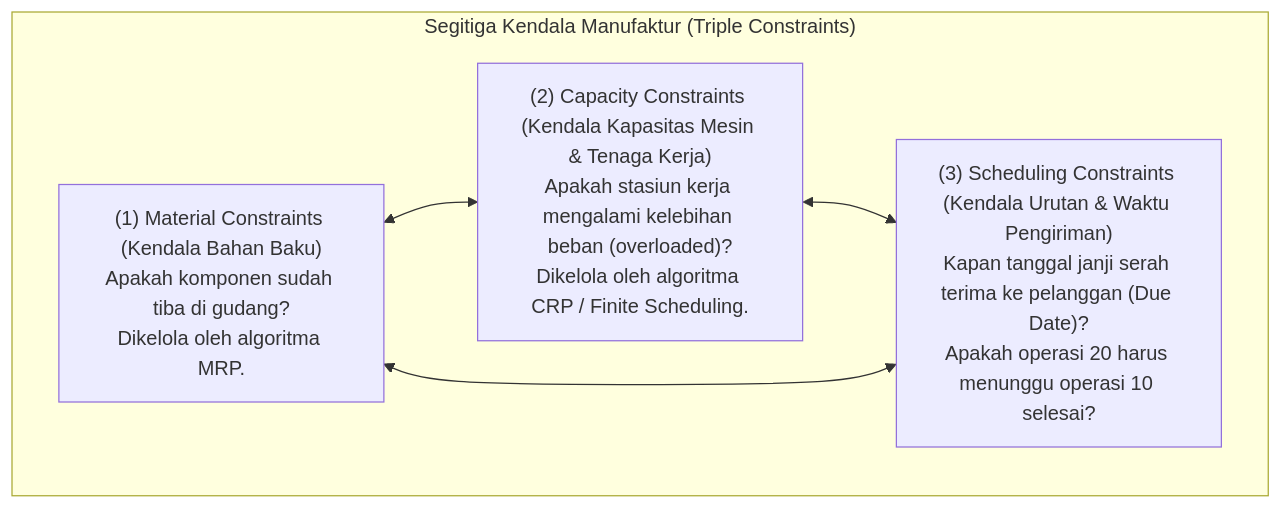
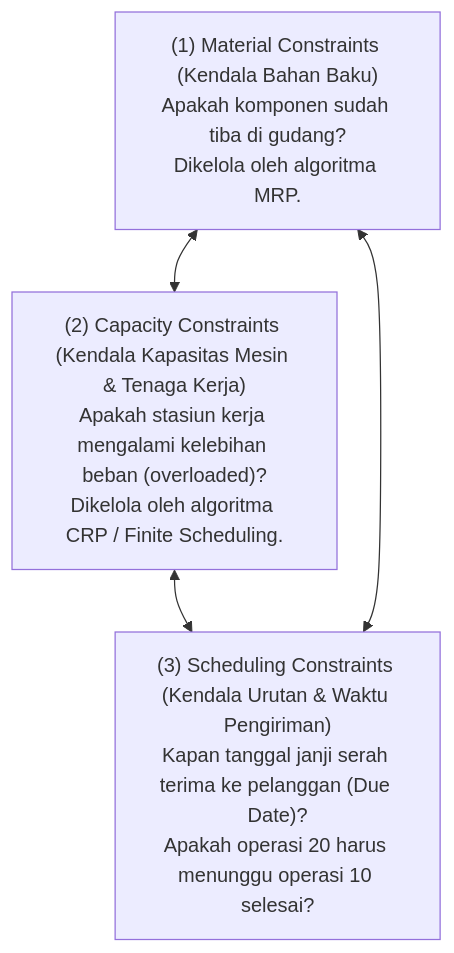
Before and after one commit to alimurrofid/erp-notes: the first of 3 diagrams in content/06-manufacturing/capacity-planning-and-scheduling.md, drawn with Mermaid. The commit also changed 58 other files, not shown here.

Commit message:
fix(content):Mermaid Subgraph

````diff
--- a/content/06-manufacturing/capacity-planning-and-scheduling.md
+++ b/content/06-manufacturing/capacity-planning-and-scheduling.md
@@ -27,11 +27,9 @@
 ```mermaid
 flowchart TD
-    subgraph Constraints["Segitiga Kendala Manufaktur (Triple Constraints)"]
         MC["(1) Material Constraints (Kendala Bahan Baku)<br/>Apakah komponen sudah tiba di gudang?<br/>Dikelola oleh algoritma MRP."]
         CC["(2) Capacity Constraints (Kendala Kapasitas Mesin & Tenaga Kerja)<br/>Apakah stasiun kerja mengalami kelebihan beban (overloaded)?<br/>Dikelola oleh algoritma CRP / Finite Scheduling."]
         SC["(3) Scheduling Constraints (Kendala Urutan & Waktu Pengiriman)<br/>Kapan tanggal janji serah terima ke pelanggan (Due Date)?<br/>Apakah operasi 20 harus menunggu operasi 10 selesai?"]
-    end
     MC <--> CC
     CC <--> SC
     SC <--> MC
 ```
````
